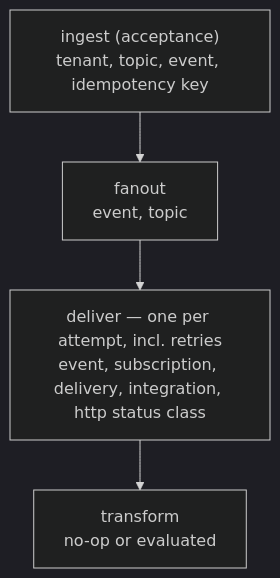
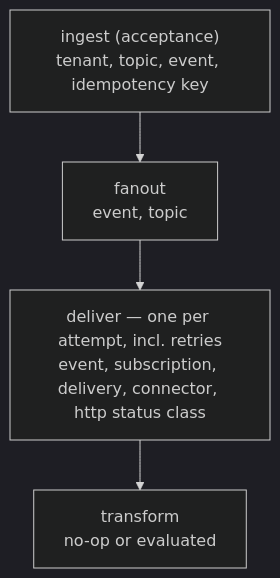
The diagram in docs/observability.md (arminzou/integrios), drawn with Mermaid (dark theme) before and after one commit. The commit also changed other lines of this file and 146 other files, not shown here.

First line of the commit message:
refactor: rename Integration domain entity to Connector

````diff
--- a/docs/observability.md
+++ b/docs/observability.md
@@ -79,8 +79,8 @@
 ```mermaid
 graph TD
   A["ingest (acceptance)<br/>tenant, topic, event, idempotency key"]
   B["fanout<br/>event, topic"]
-  C["deliver — one per attempt, incl. retries<br/>event, subscription, delivery, integration, http status class"]
+  C["deliver — one per attempt, incl. retries<br/>event, subscription, delivery, connector, http status class"]
   D["transform<br/>no-op or evaluated"]
   A --> B --> C --> D
 ```
````
